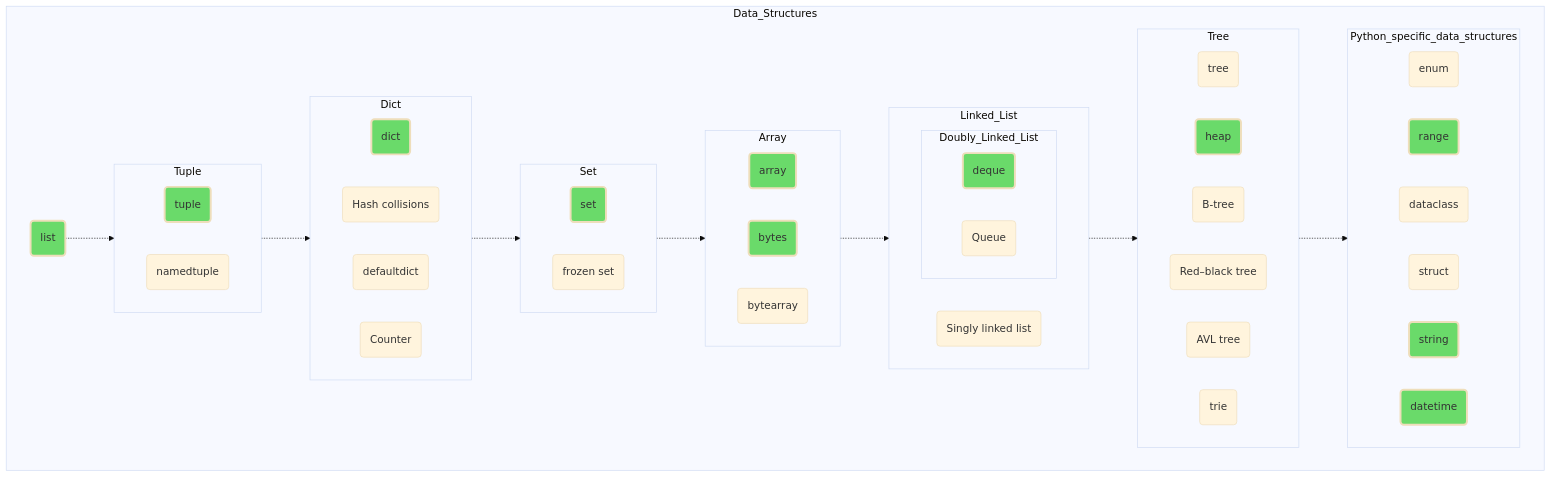
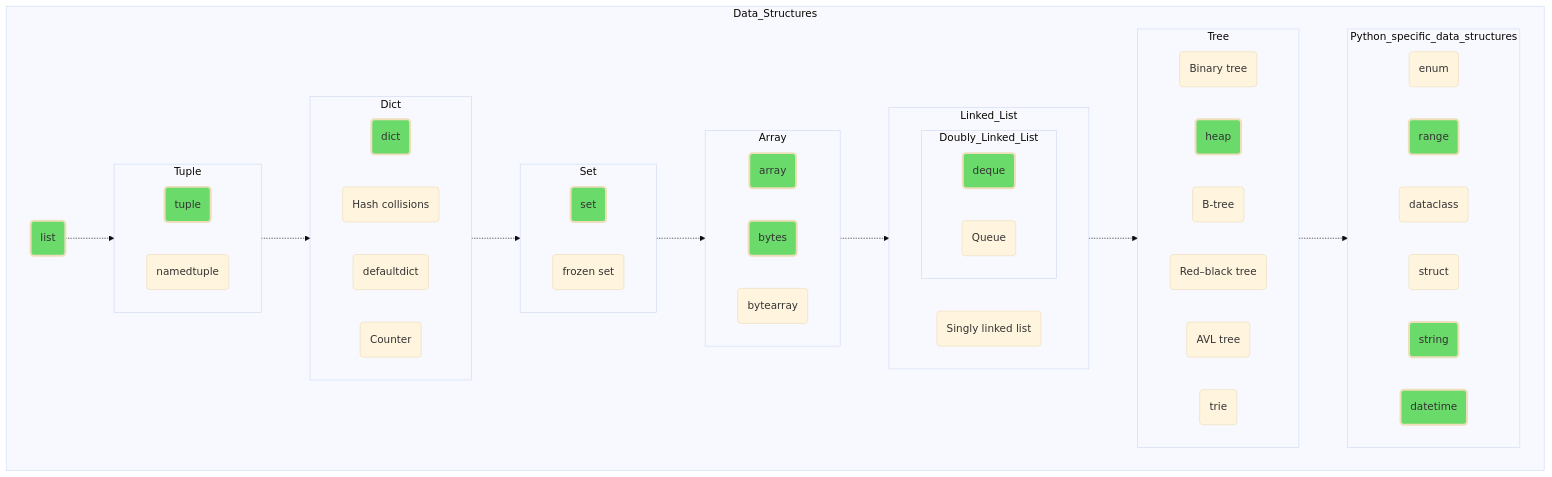
One commit to amaargiru/pyroad changed the diagram in 01_Data_Structures.md. Above: the diagram before and after it, drawn with Mermaid (base theme). The commit also changed 15 other files, not shown here.

````diff
--- a/01_Data_Structures.md
+++ b/01_Data_Structures.md
@@ -9,79 +9,79 @@
 ```mermaid
 flowchart TD
 
 subgraph Data_Structures
 direction LR
 List(list) -.-> Tuple -.-> Dict -.-> Set -.-> Array -.-> Linked_List -.->Tree -.-> Python_specific_data_structures
 
 subgraph Tuple
 direction LR
 tuple(tuple)
 namedtuple(namedtuple)
 end
 
 subgraph Dict
 direction LR
 dict(dict)
 HashProblem("Hash collisions")
 defaultdict(defaultdict)
 Counter(Counter)
 end
 
 subgraph Set
 direction LR
 set(set)
 FrozenSet("frozen set")
 end
 
 subgraph Array
 direction LR
 array(array)
 bytes(bytes)
 bytearray(bytearray)
 end
 
 subgraph Linked_List
 direction LR
 SinglyLinkedList("Singly linked list")
 subgraph Doubly_Linked_List
 direction LR
 deque(deque)
 Queue(Queue)
 end
 end
 
 subgraph Tree
 direction LR
-tree(tree)
+tree("Binary tree")
 heap(heap)
 B-tree(B-tree)
 RedBlackTree("Red–black tree")
 AVLTree("AVL tree")
 trie(trie)
 end
 
 subgraph Python_specific_data_structures
 direction LR
 enum(enum)
 range(range)
 dataclass(dataclass)
 struct(struct)
 string(string)
 datetime(datetime)
 end
 end
 
 classDef trainee fill:#6ADA6A, stroke-width:3px
 
 class List trainee;
 class tuple trainee;
 class dict trainee;
 class set trainee;
 class array trainee;
 class bytes trainee;
 class deque trainee;
 class heap trainee;
 class range trainee;
 class string trainee;
 class datetime trainee;
 ```
````
